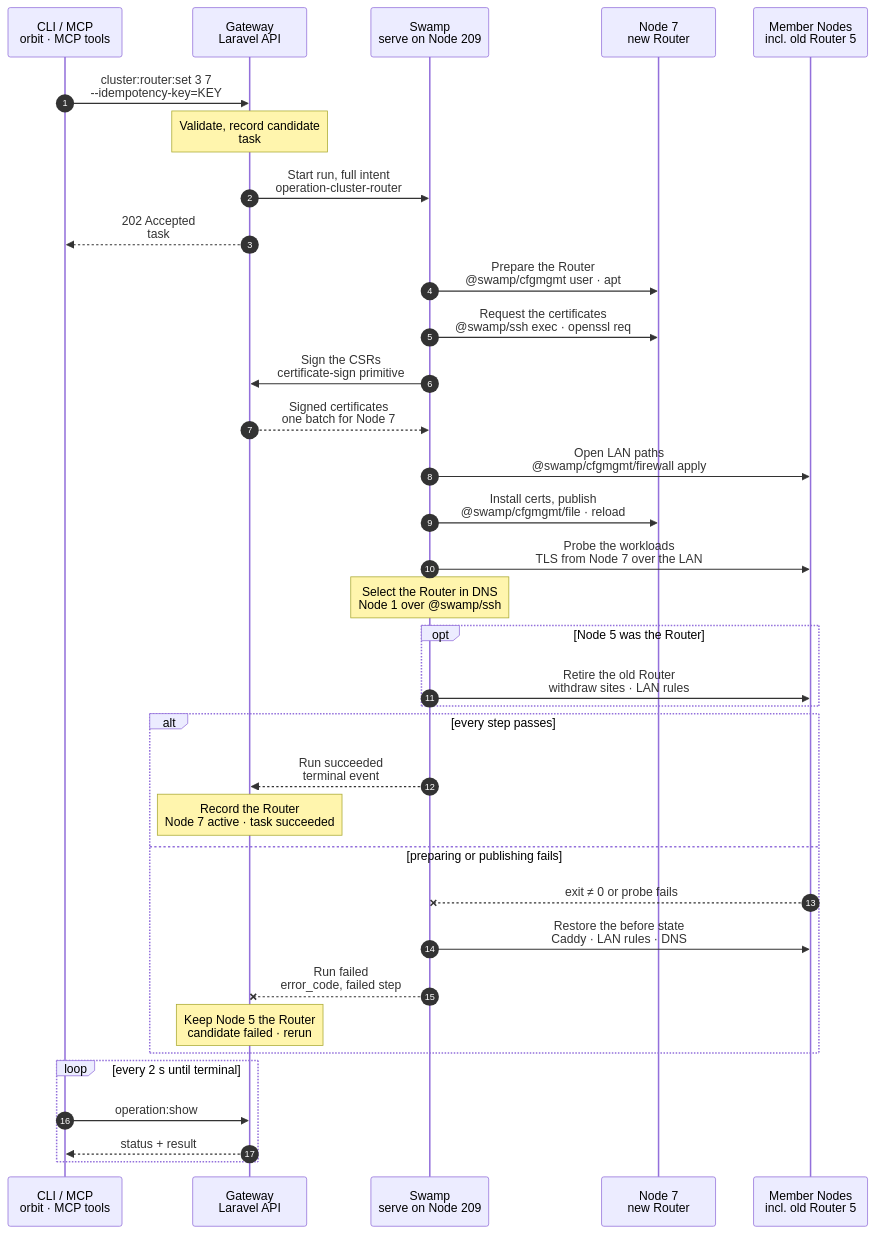
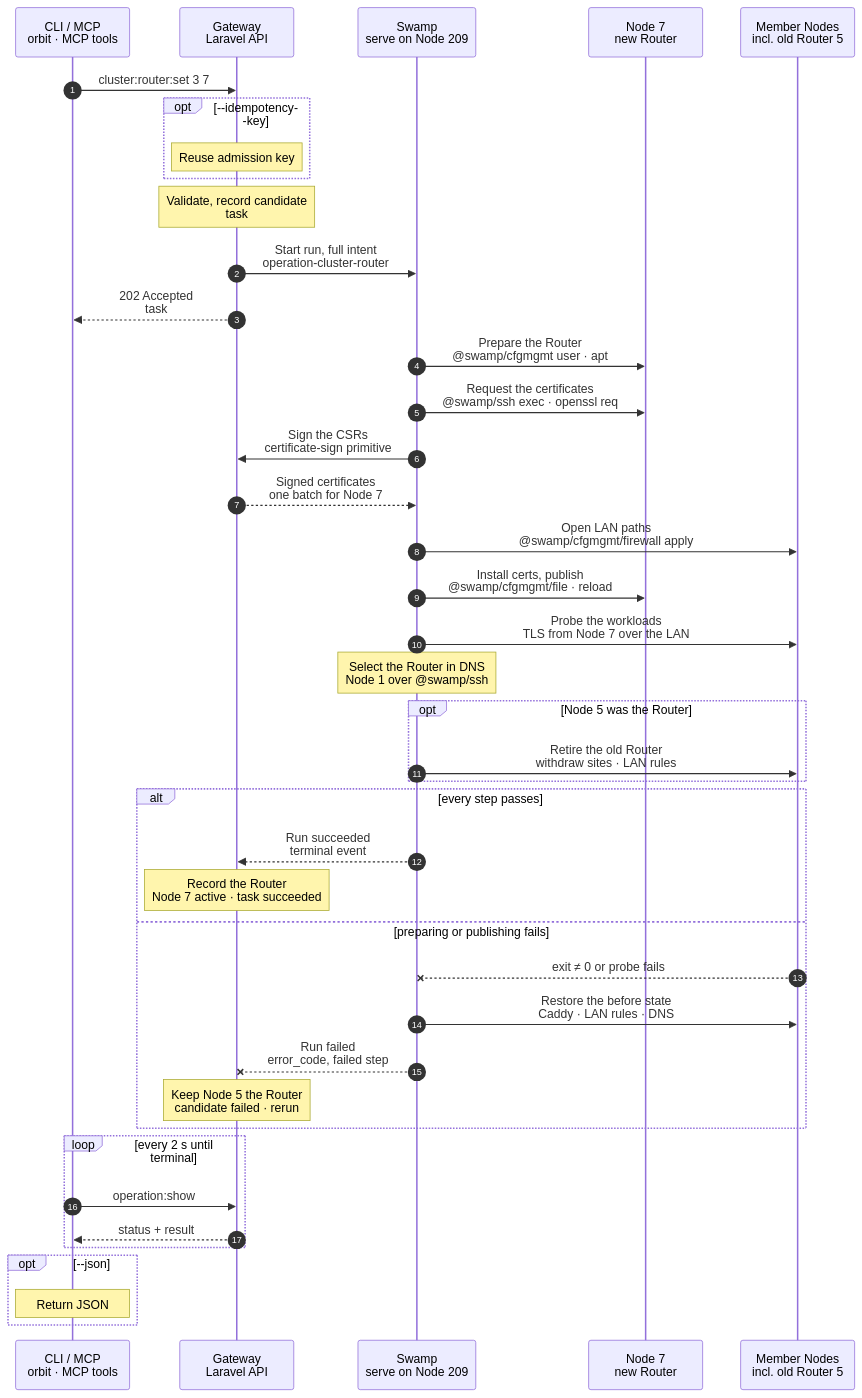
The diagram in docs/cli/cluster/router-set.mmd (hardimpactdev/orbit), drawn with Mermaid before and after one commit. The commit also changed 4 other files, not shown here.

First line of the commit message:
docs(cluster,conn): charts draw the required-parameter path first (flow rule 23)

```diff
--- a/docs/cli/cluster/router-set.mmd
+++ b/docs/cli/cluster/router-set.mmd
@@ -1,130 +1,140 @@
 sequenceDiagram
   %% Target design: ADR 0244 task, DECISIONS 1 (cert signing is the one step→Gateway call), R2-R4. docs/reference/native-cluster-router.md, docs/cli/cluster.mdx.
   %% Tightened: flow-tighten 2026-11-02, rules 17, 18, 22 (certificates installed in the publish step, as route:create does; cfgmgmt behaviors named).
   %% status: draft
   %% command: cluster:router:set
   %% kind: cluster.router_set
   autonumber
   %% lane CLI icon=terminal pill=caller tone=gray
   %% lane GW icon=gateway pill=intent tone=blue
   %% lane SW icon=workflow pill=executes tone=green
   %% lane N icon=server pill=target tone=amber
   %% lane M icon=server pill=target tone=purple
   participant CLI as CLI / MCP<br/>orbit · MCP tools
   participant GW as Gateway<br/>Laravel API
   participant SW as Swamp<br/>serve on Node 209
   participant N as Node 7<br/>new Router
   participant M as Member Nodes<br/>incl. old Router 5
-  CLI->>GW: cluster:router:set 3 7<br/>--idempotency-key=KEY
+  CLI->>GW: cluster:router:set 3 7
   %%> Command:
   %%> - `orbit cluster:router:set 3 7`
   %%> - syntax: `<cluster> <node> [--idempotency-key=KEY] [--json]`
   %%> Input:
   %%> - the Cluster ID and the Node ID of an active member
   %%> What it does:
   %%> - makes Node 7 the Cluster Router: members on the LAN reach Cluster Routes through it, over HTTPS, and ask it for DNS
   %%> - replaces the current Router, Node 5, without a gap
+  opt --idempotency-key
+    Note over GW: Reuse admission key
+    %%> What it does:
+    %%> - reuses the same Operation admission for a retry with the same key
+  end
   Note over GW: Validate, record candidate<br/>task #5160 · Cluster lock
   %%> Requirements:
   %%> - your Node has an access grant to Node 7
   %%> - Node 7 is an active member of Cluster 3 with a LAN address (`cluster.router_node_invalid`)
   %%> - no other Router change runs for Cluster 3; the Gateway waits up to 30 seconds, then refuses with `cluster.router_busy`
   %%> - no unfinished replacement from another Router change (`cluster.router_transition_conflict`)
   %%> Builds:
   %%> - the Router's Caddy sites for every Cluster Route, its certificate requests, and the LAN firewall rules
   %%> - the before and after state, so a failure can restore the before state
   %%> Result:
   %%> - Node 7's `router` assignment recorded as pending; Node 5 stays the active Router
   %%> - task #5160 recorded with the full intent
   GW->>SW: Start run, full intent<br/>operation-cluster-router
   %%> What it does:
   %%> - starts one Swamp run on serve (Node 209)
   %%> Inputs:
   %%> - the sites, certificate requests, LAN rules, and old Router assignments
   %%> - the addresses and SSH host keys of Node 7 and every member; the SSH identity comes from the `swamp` role
   GW-->>CLI: 202 Accepted<br/>task #5160
   %%> What you get:
   %%> - the task number, at once
   %%> Next:
   %%> - the CLI follows the task with `operation:show`
   SW->>N: Prepare the Router<br/>@swamp/cfgmgmt user · apt
   %%> How:
   %%> - over SSH from 209 with `@swamp/ssh` and `@swamp/cfgmgmt` behaviors
   %%> What it does:
   %%> - the `router` role setup: the managed account, the required packages and the pinned Caddy package
   %%> - an existing, matching install is left as it is
   SW->>N: Request the certificates<br/>@swamp/ssh exec · openssl req
   %%> What it does:
   %%> - makes a key and a CSR on Node 7 for each Cluster Route domain that changed
   %%> - the private keys never leave Node 7
   SW->>GW: Sign the CSRs<br/>certificate-sign primitive
   %%> Why a call to the Gateway:
   %%> - certificate signing is the one allowed step→Gateway call; the Orbit CA stays in the Gateway
   GW-->>SW: Signed certificates<br/>one batch for Node 7
   %%> Returns:
   %%> - the signed certificates; Swamp installs them on Node 7
   SW->>M: Open LAN paths<br/>@swamp/cfgmgmt/firewall apply
   %%> What it does:
   %%> - on Node 7: allows 443/tcp and 53/tcp+udp from each eligible member's LAN address
   %%> - on each workload member: allows Node 7's LAN address to its Route ports
   %%> - identical lines are left as they are
   %%> - one `forEach` over the members; it runs beside the certificate request, since neither needs the other
   SW->>N: Install certs, publish<br/>@swamp/cfgmgmt/file · reload
   %%> What it does:
   %%> - installs the signed certificates next to their keys and writes the Router site list with `@swamp/cfgmgmt/file`, in one step as `route:create` does
   %%> - validates the full Router site list, then reloads the running Caddy; no restart
   SW->>M: Probe the workloads<br/>TLS from Node 7 over the LAN
   %%> What it does:
   %%> - checks from Node 7 that every Cluster Route's workload answers with a valid certificate
   %%> Why:
   %%> - Node 7 only becomes the Router when it can serve every Route
   Note over SW: Select the Router in DNS<br/>Node 1 over @swamp/ssh
   %%> What it does:
   %%> - private DNS answers members' Cluster names with Node 7's LAN address, then waits the 31-second DNS grace
   %%> How:
   %%> - over SSH from 209 to the VPN Node (Node 1), with the `swamp` role's key
   opt Node 5 was the Router
     SW->>M: Retire the old Router<br/>withdraw sites · LAN rules
     %%> When:
     %%> - only when the run replaces a Router, after the DNS grace
     %%> What it does:
     %%> - removes the Router sites and certificates from Node 5 and reloads its Caddy
     %%> - removes the LAN rules that only Node 5 needed; it never removes WireGuard baseline rules
     %%> If it fails:
     %%> - Node 7 stays the Router; the old assignment stays recorded as unfinished, and a rerun finishes it
   end
   alt every step passes
     SW-->>GW: Run succeeded<br/>terminal event
     %%> How the Gateway learns it:
     %%> - its shared run reader sees the terminal event; Swamp never calls the Gateway
     Note over GW: Record the Router<br/>Node 7 active · task succeeded
     %%> Result:
     %%> - Node 7's `router` assignment becomes active; Node 5's is deleted
     %%> - task #5160 succeeds
   else preparing or publishing fails
     M--xSW: exit ≠ 0 or probe fails
     %%> When:
     %%> - a setup, certificate, firewall or Caddy step fails, or a workload probe fails
     SW->>M: Restore the before state<br/>Caddy · LAN rules · DNS
     %%> What it does:
     %%> - puts back the captured Caddy, firewall and DNS state, so Node 5 keeps serving
     SW--xGW: Run failed<br/>error_code, failed step
     %%> The Gateway reads:
     %%> - which step failed, its error code, and whether the restore passed
     Note over GW: Keep Node 5 the Router<br/>candidate failed · rerun
     %%> Result:
     %%> - Node 7's assignment is marked failed; Node 5 stays the active Router
     %%> - task #5160 fails
     %%> On the Node:
     %%> - packages and Caddy on Node 7 stay; that is harmless
     %%> Retry:
     %%> - run the same command again after fixing the cause
   end
   loop every 2 s until terminal
     CLI->>GW: operation:show #5160
     %%> What it does:
     %%> - asks for the task's status every 2 seconds until it has ended
     GW-->>CLI: status + result
     %%> Returns:
     %%> - the current status, and the result once the task has ended
   end
+  opt --json
+    Note over CLI: Return JSON
+    %%> Result:
+    %%> - waits for the terminal Operation and renders it as JSON
+  end
```
